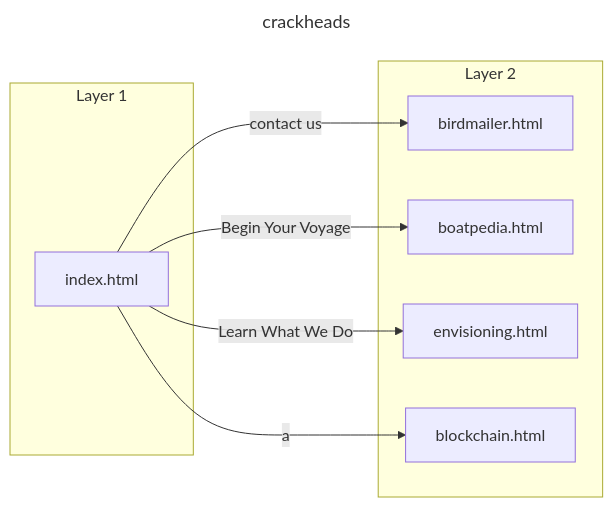
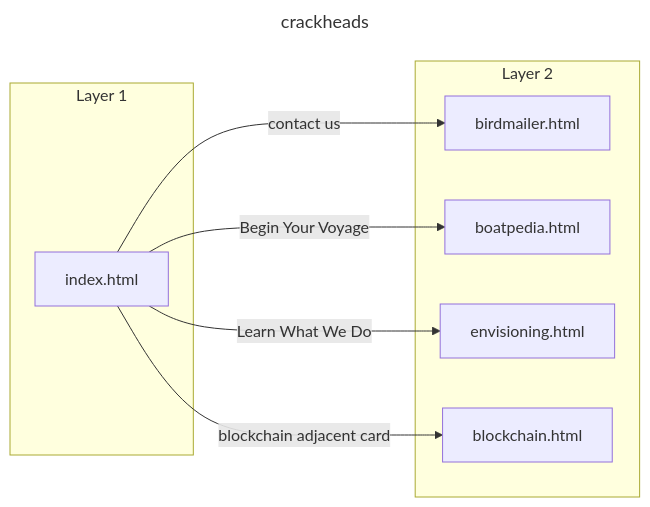
The diagram in topography.md (jdschmitzprofessional/slopsloopgroup), drawn with Mermaid before and after one commit.

Commit message:
block. chain.

````diff
--- a/topography.md
+++ b/topography.md
@@ -1,24 +1,24 @@
 ```mermaid
 ---
 title: crackheads
 ---
 
 flowchart LR
     subgraph Layer 1
         index[index.html]
     end
     subgraph Layer 2
         bm[birdmailer.html]
         bp[boatpedia.html]
         env[envisioning.html]
         bc[blockchain.html]
     end    
 
 
     index -- contact us --> bm
     index -- Begin Your Voyage --> bp
     index -- Learn What We Do --> env
-    index -- a --> bc
+    index -- blockchain adjacent card --> bc
 
 
 ```
````
